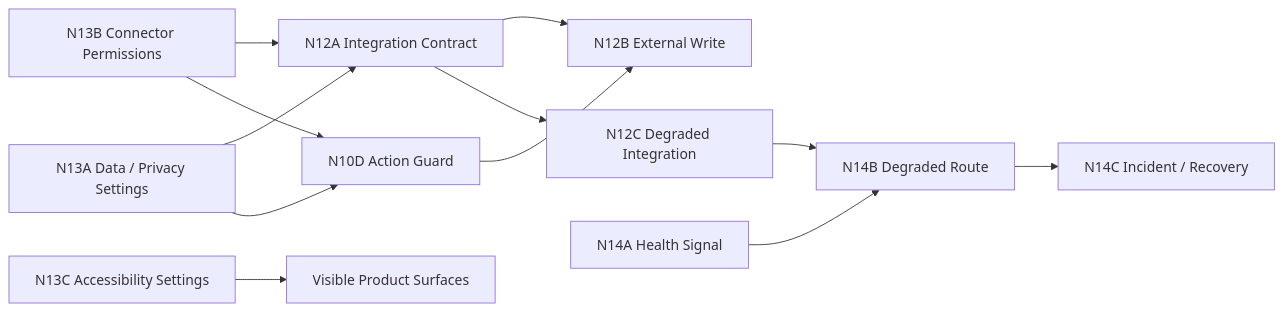
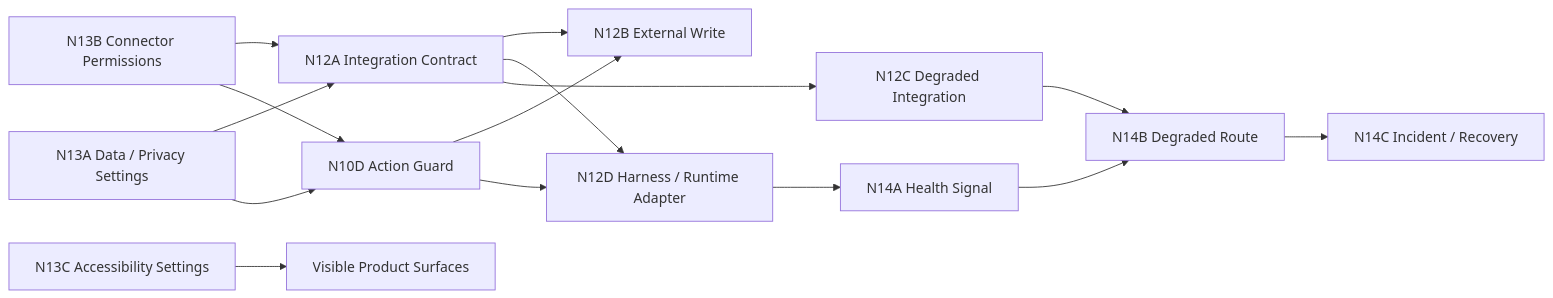
One commit to Jiaosong/Design changed the diagram in product-docs/v0.3/maps/M15_INTEGRATION_HEALTH_DETAIL.md. Above: the diagram before and after it, drawn with Mermaid. The commit also changed other lines of this file and 21 other files, not shown here.

Commit message:
Add OLEANDER execution fabric architecture v0.3.3 (#717)

````diff
--- a/product-docs/v0.3/maps/M15_INTEGRATION_HEALTH_DETAIL.md
+++ b/product-docs/v0.3/maps/M15_INTEGRATION_HEALTH_DETAIL.md
@@ -9,14 +9,17 @@
 ```mermaid
 flowchart LR
     IC[N12A Integration Contract] --> EW[N12B External Write]
+    IC --> HA[N12D Harness / Runtime Adapter]
     AG[N10D Action Guard] --> EW
+    AG --> HA
     IC --> DI[N12C Degraded Integration]
     CP[N13B Connector Permissions] --> IC
     DP[N13A Data / Privacy Settings] --> IC
     DP --> AG
     CP --> AG
     HS[N14A Health Signal] --> DR[N14B Degraded Route]
+    HA --> HS
     DI --> DR
     DR --> IR[N14C Incident / Recovery]
     AC[N13C Accessibility Settings] --> UI[Visible Product Surfaces]
 ```
````
